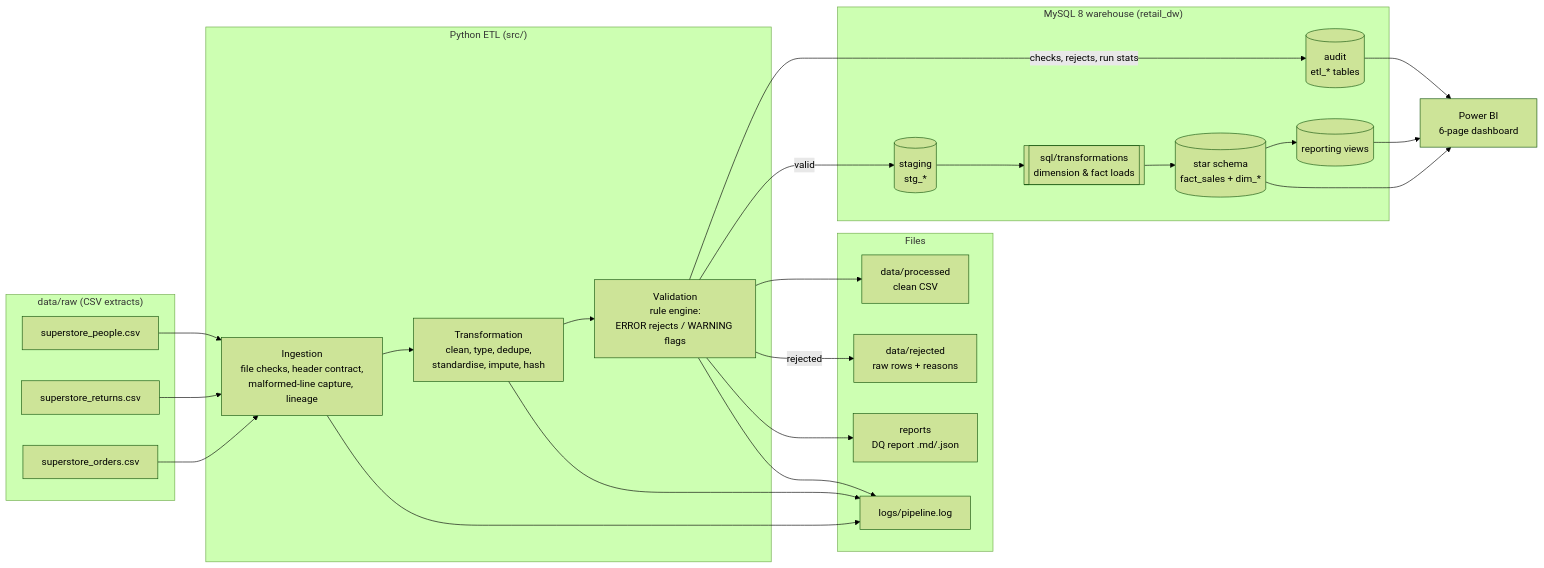
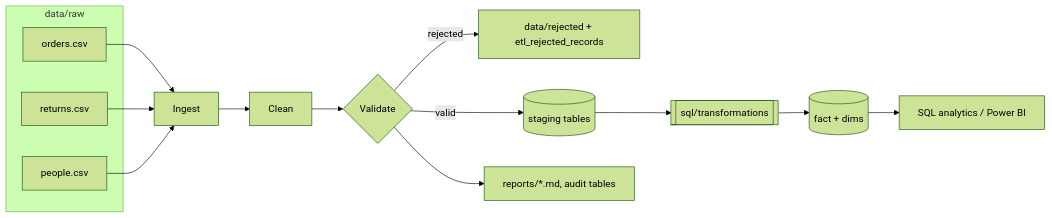
The diagram in docs/architecture.md (cheeliamithkumar/retail-data-platform), drawn with Mermaid (forest theme) before and after one commit. The commit also changed other lines of this file and 4 other files, not shown here.

````diff
--- a/docs/architecture.md
+++ b/docs/architecture.md
@@ -5,40 +7,13 @@
 ```mermaid
 flowchart LR
-    subgraph Sources["data/raw (CSV extracts)"]
-        O[superstore_orders.csv]
-        R[superstore_returns.csv]
-        P[superstore_people.csv]
+    subgraph raw["data/raw"]
+        O[orders.csv]
+        R[returns.csv]
+        P[people.csv]
     end
-
-    subgraph Python["Python ETL (src/)"]
-        I[Ingestion<br/>file checks, header contract,<br/>malformed-line capture, lineage]
-        T[Transformation<br/>clean, type, dedupe,<br/>standardise, impute, hash]
-        V[Validation<br/>rule engine:<br/>ERROR rejects / WARNING flags]
-    end
-
-    subgraph Outputs["Files"]
-        PR[data/processed<br/>clean CSV]
-        RJ[data/rejected<br/>raw rows + reasons]
-        RP[reports<br/>DQ report .md/.json]
-        LG[logs/pipeline.log]
-    end
-
-    subgraph MySQL["MySQL 8 warehouse (retail_dw)"]
-        STG[(staging<br/>stg_*)]
-        SQLT[[sql/transformations<br/>dimension & fact loads]]
-        DW[(star schema<br/>fact_sales + dim_*)]
-        AUD[(audit<br/>etl_* tables)]
-        VW[(reporting views)]
-    end
-
-    BI[Power BI<br/>6-page dashboard]
-
-    O & R & P --> I --> T --> V
-    V -- valid --> STG --> SQLT --> DW --> VW
-    V -- rejected --> RJ
-    V --> PR
-    V --> RP
-    I & T & V --> LG
-    V -- checks, rejects, run stats --> AUD
-    DW & VW & AUD --> BI
+    O & R & P --> I[Ingest] --> T[Clean] --> V{Validate}
+    V -- rejected --> RJ[data/rejected + etl_rejected_records]
+    V -- valid --> STG[(staging tables)] --> SQL[[sql/transformations]] --> DW[(fact + dims)]
+    V --> REP[reports/*.md, audit tables]
+    DW --> BI[SQL analytics / Power BI]
 ```
````
